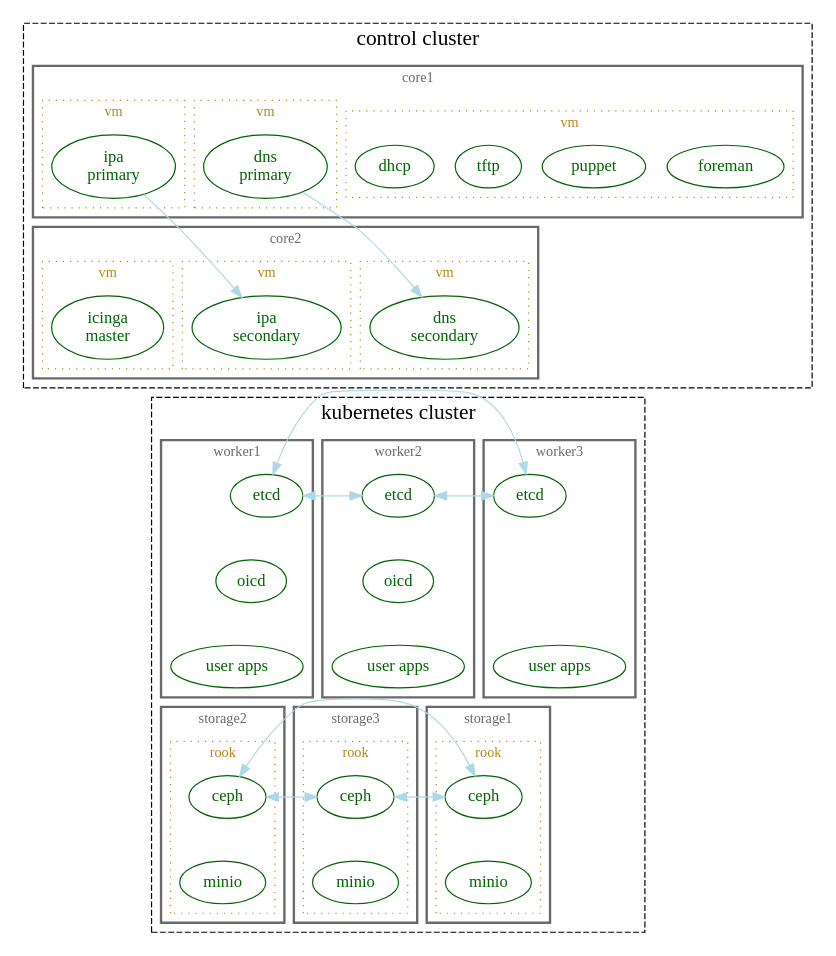
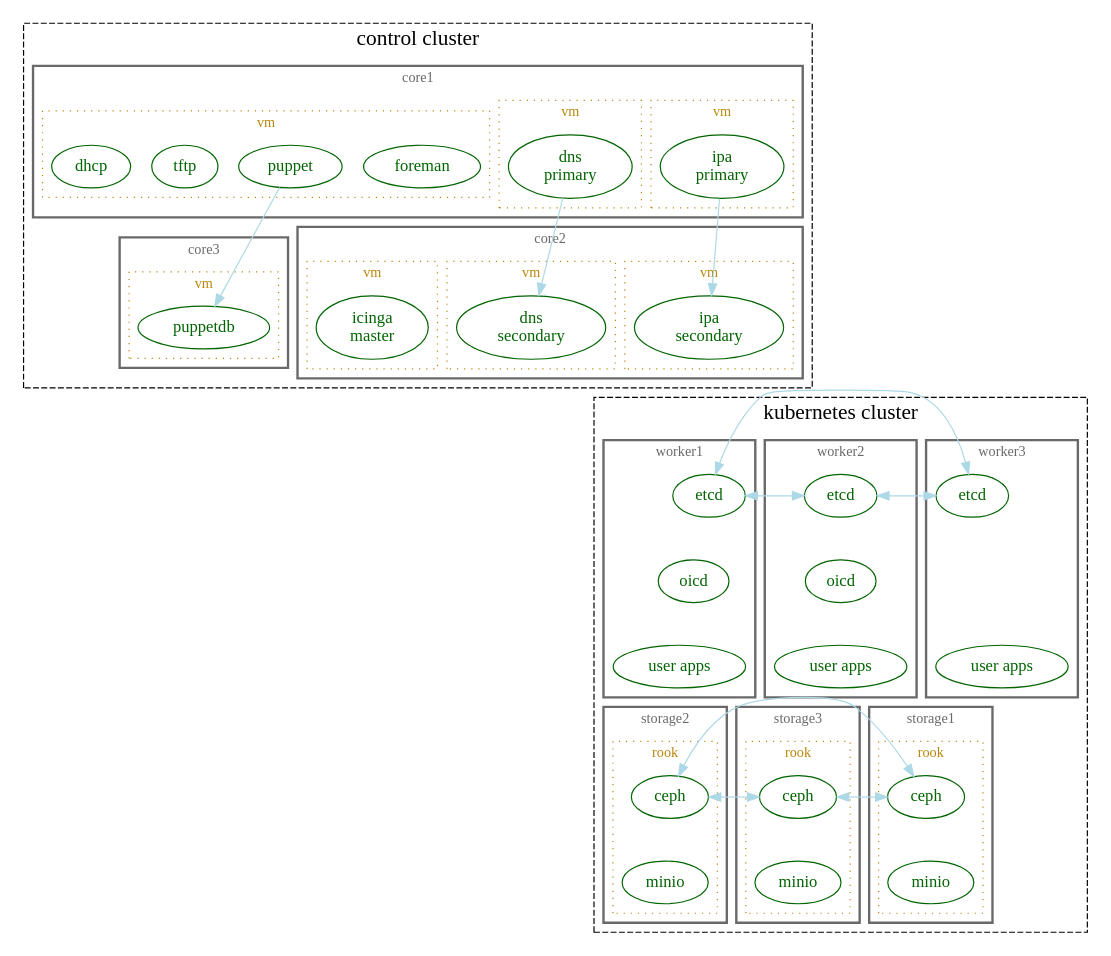
Before and after one commit to LSST-IT/ittn-002: the diagram in _static/seed_cluster.dot, drawn with Graphviz. The commit also changed 1 other file, not shown here.

Commit message:
add core3 node

```diff
--- a/_static/seed_cluster.dot
+++ b/_static/seed_cluster.dot
@@ -18,6 +18,7 @@
     ipa1 [label="ipa\nprimary"]
     ipa2 [label="ipa\nsecondary"]
     icingamaster [label="icinga\nmaster"]
+    puppetdb [label="puppetdb"]
     app1 [label="user apps"]
     app2 [label="user apps"]
     app3 [label="user apps"]
@@ -135,9 +136,44 @@
       }
     }
 
+    subgraph cluster_30 {
+      label="core3"
+      color=dimgray
+      fontcolor=dimgray
+      fontsize=12
+      style=bold
+
+      {
+        rank=same
+        icingamaster
+        puppetdb
+      }
+
+      subgraph cluster_300 {
+        label="vm"
+        color=darkgoldenrod
+        fontcolor=darkgoldenrod
+        fontsize=12
+        style=dotted
+
+        icingamaster
+      }
+
+      subgraph cluster_301 {
+        label="vm"
+        color=darkgoldenrod
+        fontcolor=darkgoldenrod
+        fontsize=12
+        style=dotted
+
+        puppetdb
+      }
+    }
+
     edge [color=lightblue]
     dns1 -> dns2
     ipa1 -> ipa2
+    puppet -> puppetdb
   }
 
   subgraph cluster_1 {
```
